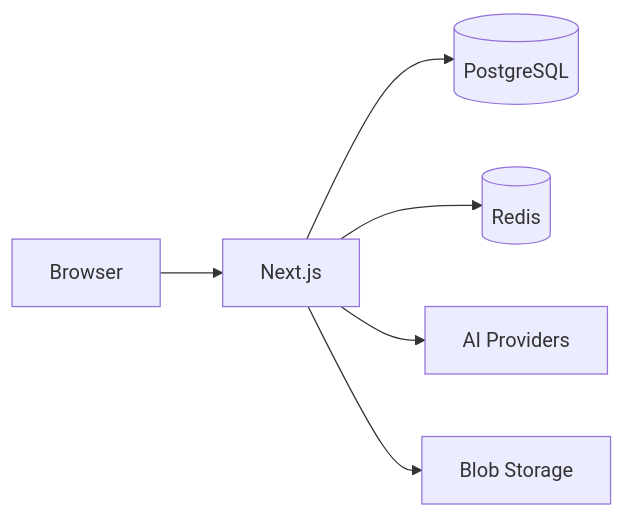
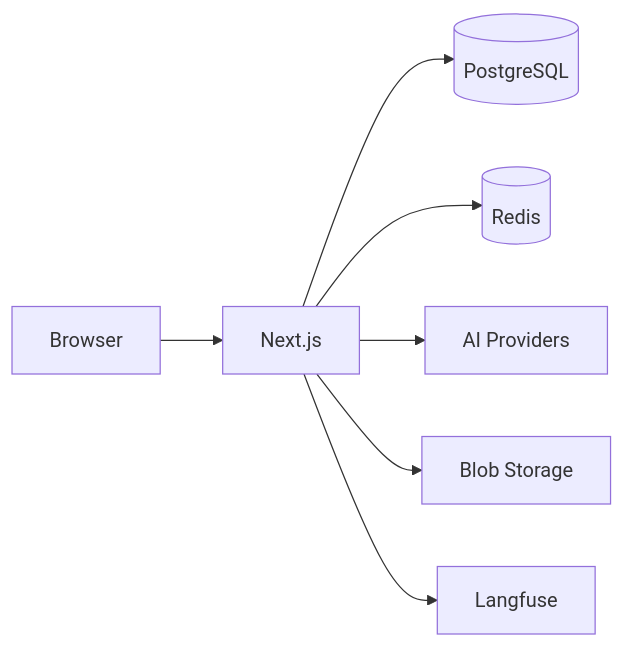
The first of 2 diagrams in apps/docs/core/architecture.mdx (masonjames/sparka), drawn with Mermaid before and after one commit. The commit also changed other lines of this file and 5 other files, not shown here.

````diff
--- a/apps/docs/core/architecture.mdx
+++ b/apps/docs/core/architecture.mdx
@@ -8,8 +8,9 @@
 ```mermaid
 flowchart LR
     Client[Browser] --> App[Next.js]
     App --> DB[(PostgreSQL)]
     App --> Cache[(Redis)]
     App --> AI[AI Providers]
     App --> Storage[Blob Storage]
+    App --> Observability[Langfuse]
 ```
````
